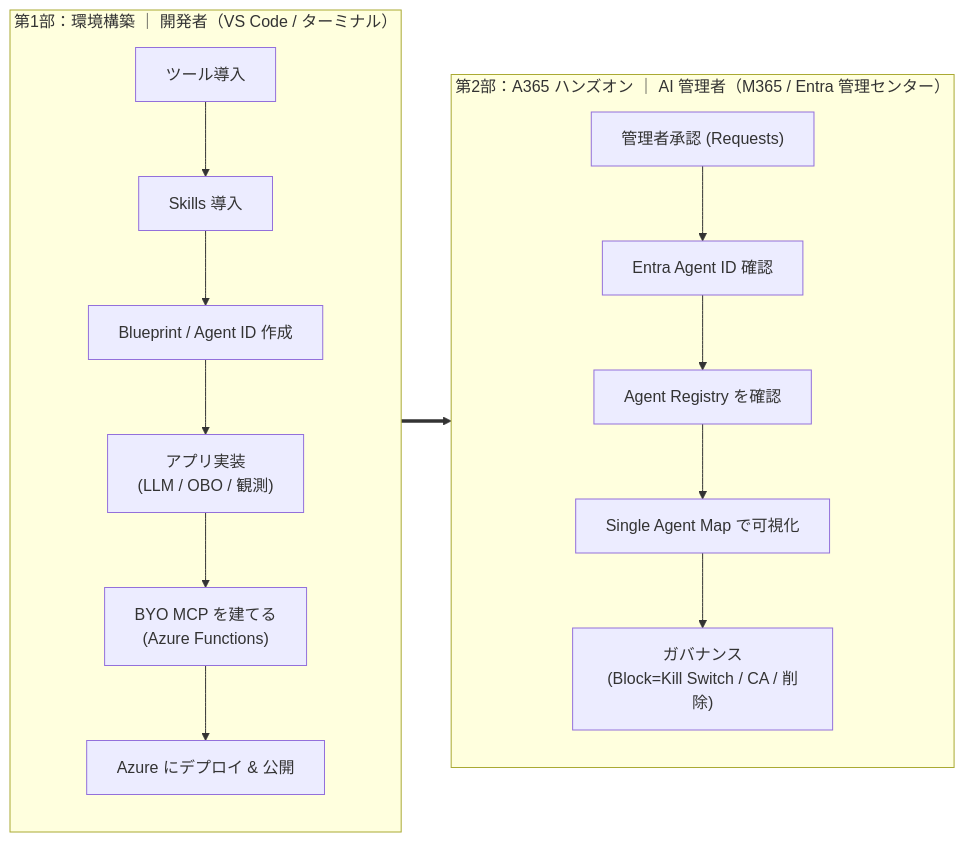
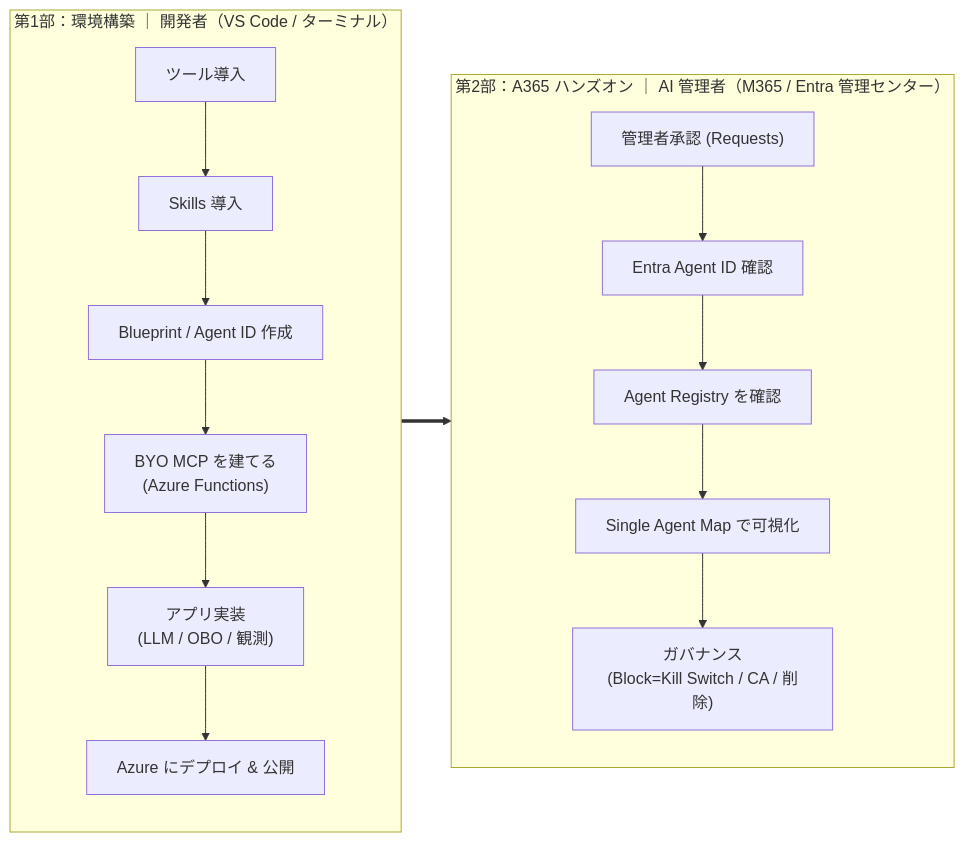
Before and after one commit to fatman3110/Agent365-Training: the diagram in README.MD, drawn with Mermaid. The commit also changed other lines of this file, not shown here.

Commit message:
docs: BYO MCP を§4へ前倒し（通信先・実行内容=ガバナンスの中心）/ アプリ実装を§5に

````diff
--- a/README.MD
+++ b/README.MD
@@ -28,16 +27,16 @@
 ```mermaid
 flowchart LR
     subgraph P1["第1部：環境構築 ｜ 開発者（VS Code / ターミナル）"]
         direction TB
         A1["ツール導入"] --> A2["Skills 導入"] --> A3["Blueprint / Agent ID 作成"]
-        A3 --> A4["アプリ実装<br/>(LLM / OBO / 観測)"] --> A5["BYO MCP を建てる<br/>(Azure Functions)"]
+        A3 --> A4["BYO MCP を建てる<br/>(Azure Functions)"] --> A5["アプリ実装<br/>(LLM / OBO / 観測)"]
         A5 --> A6["Azure にデプロイ & 公開"]
     end
     subgraph P2["第2部：A365 ハンズオン ｜ AI 管理者（M365 / Entra 管理センター）"]
         direction TB
         B1["管理者承認 (Requests)"] --> B2["Entra Agent ID 確認"]
         B2 --> B3["Agent Registry を確認"] --> B4["Single Agent Map で可視化"]
         B4 --> B5["ガバナンス<br/>(Block=Kill Switch / CA / 削除)"]
     end
     A6 ==> B1
 ```
````
